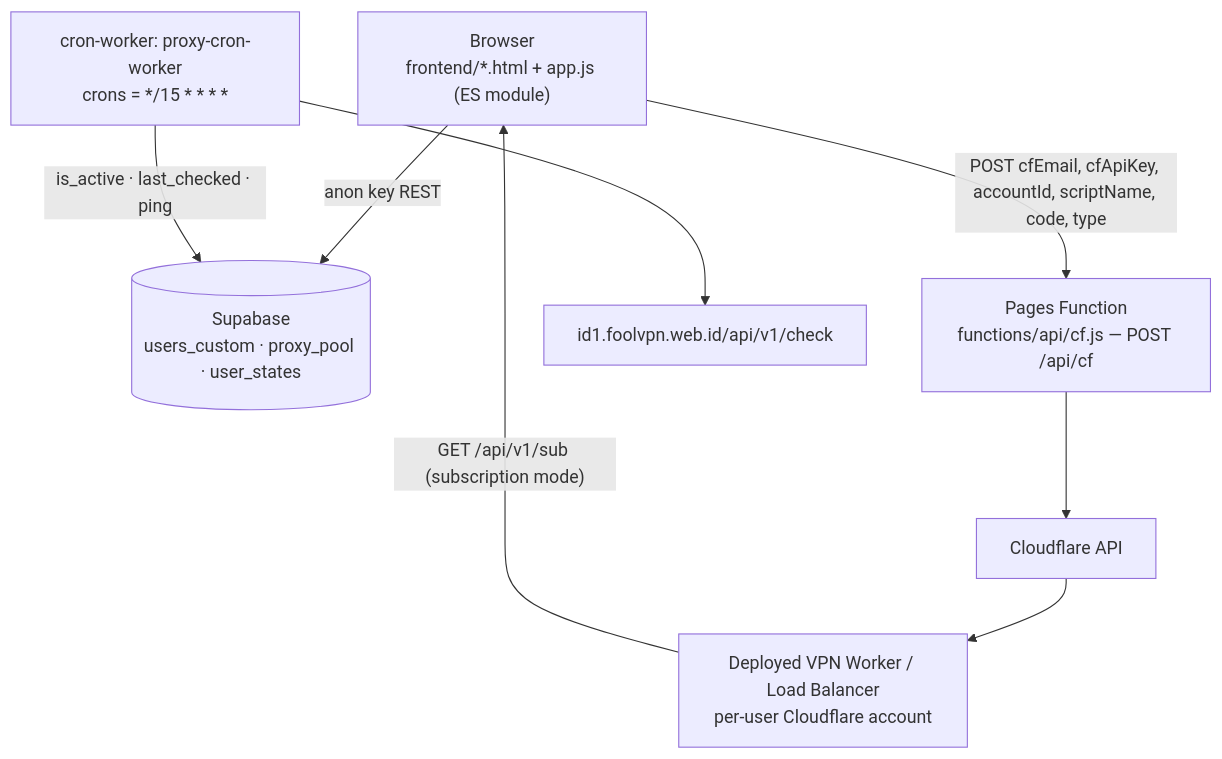
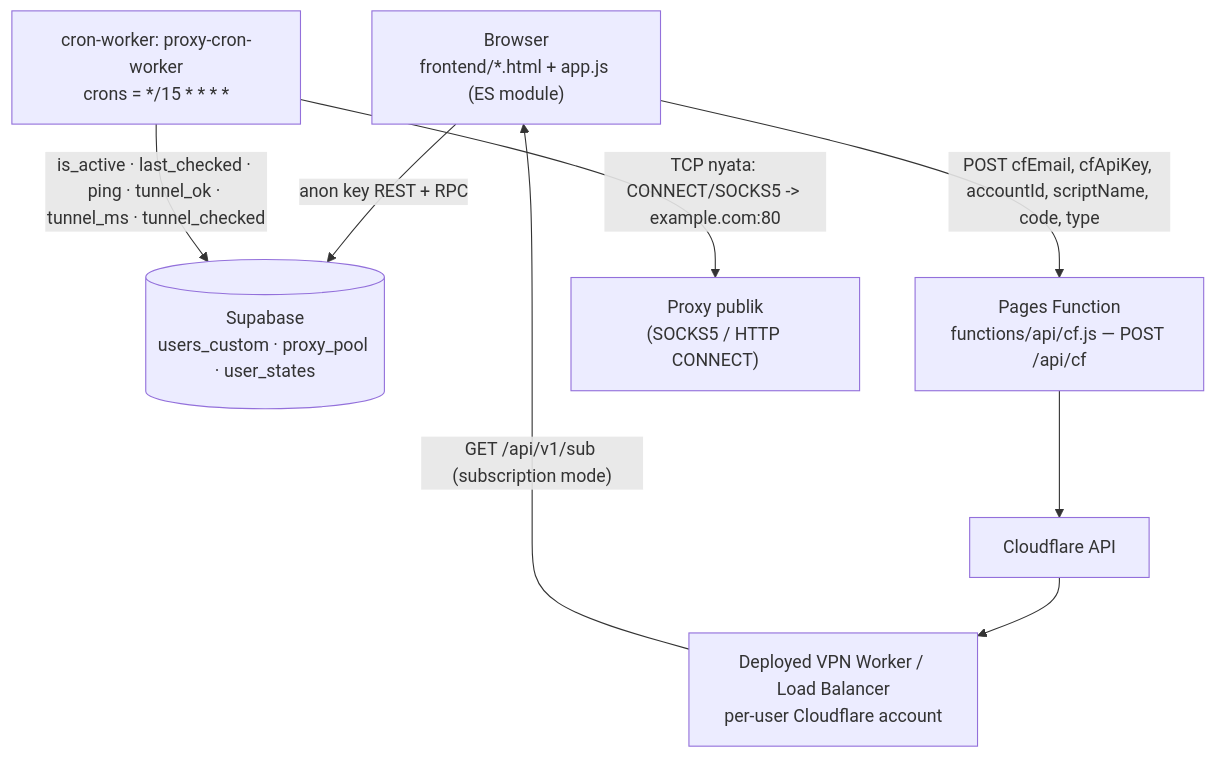
One commit to jhopan/cfvpn-hub changed the diagram in AGENTS.md. Above: the diagram before and after it, drawn with Mermaid. The commit also changed other lines of this file and 9 other files, not shown here.

````diff
--- a/AGENTS.md
+++ b/AGENTS.md
@@ -24,17 +24,17 @@
 ```mermaid
 flowchart TB
   B["Browser<br/>frontend/*.html + app.js (ES module)"]
   SB[("Supabase<br/>users_custom · proxy_pool · user_states")]
   F["Pages Function<br/>functions/api/cf.js — POST /api/cf"]
   CF["Cloudflare API"]
   W["Deployed VPN Worker / Load Balancer<br/>per-user Cloudflare account"]
   CR["cron-worker: proxy-cron-worker<br/>crons = */15 * * * *"]
-  CK["id1.foolvpn.web.id/api/v1/check"]
-  B -->|anon key REST| SB
+  PX["Proxy publik<br/>(SOCKS5 / HTTP CONNECT)"]
+  B -->|anon key REST + RPC| SB
   B -->|"POST cfEmail, cfApiKey, accountId, scriptName, code, type"| F
   F --> CF
   CF --> W
   W -->|"GET /api/v1/sub (subscription mode)"| B
-  CR --> CK
-  CR -->|"is_active · last_checked · ping"| SB
+  CR -->|"TCP nyata: CONNECT/SOCKS5 -> example.com:80"| PX
+  CR -->|"is_active · last_checked · ping · tunnel_ok · tunnel_ms · tunnel_checked"| SB
 ```
````
